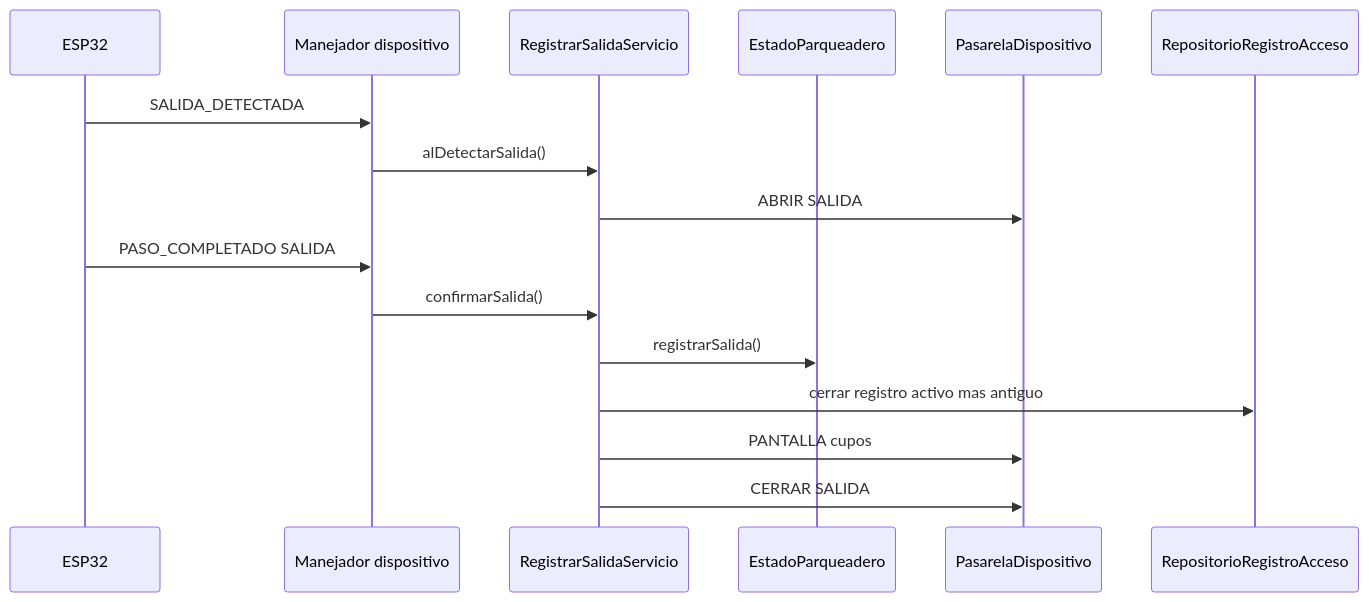
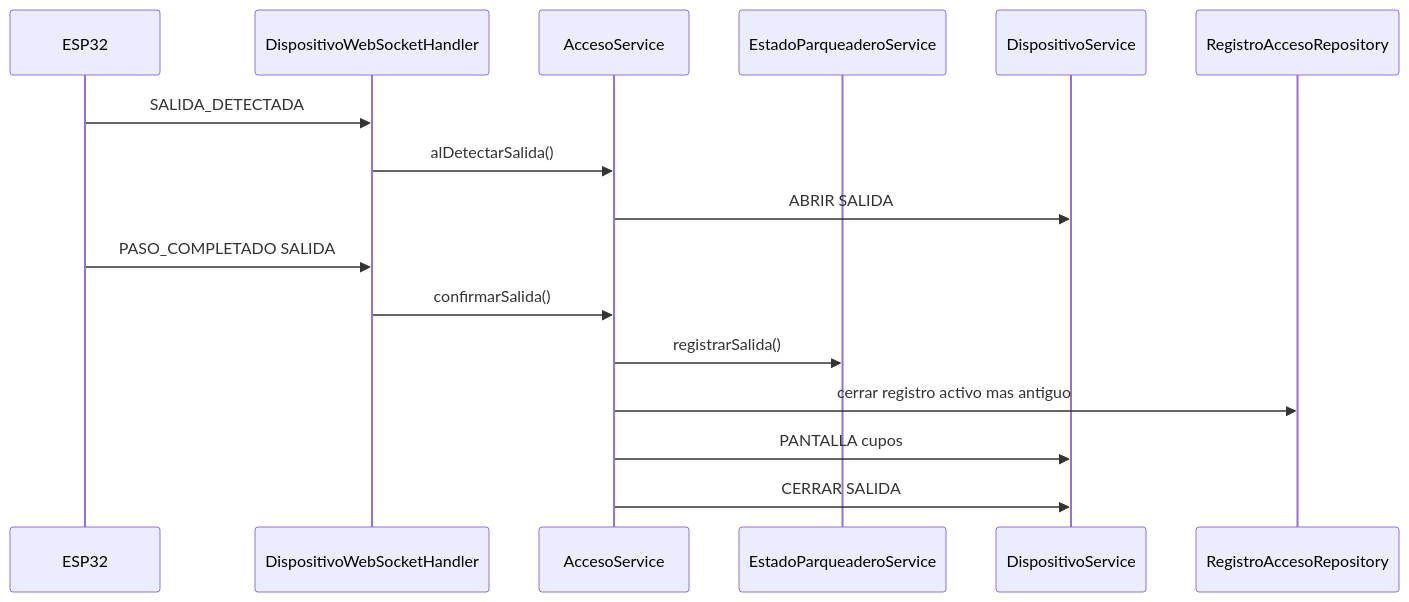
One commit to ElFernanduz/SmartParking changed diagram 12 of 13 in docs/especificacion_tecnica_smart_parking.md. Above: the diagram before and after it, drawn with Mermaid. The commit also changed other lines of this file and 263 other files, not shown here.

````diff
--- a/docs/especificacion_tecnica_smart_parking.md
+++ b/docs/especificacion_tecnica_smart_parking.md
@@ -1077,19 +1219,19 @@
 ```mermaid
 sequenceDiagram
     participant ES as ESP32
-    participant MD as Manejador dispositivo
-    participant UC as RegistrarSalidaServicio
-    participant PL as EstadoParqueadero
-    participant PD as PasarelaDispositivo
-    participant RE as RepositorioRegistroAcceso
+    participant MD as DispositivoWebSocketHandler
+    participant UC as AccesoService
+    participant PL as EstadoParqueaderoService
+    participant PD as DispositivoService
+    participant RE as RegistroAccesoRepository
 
     ES->>MD: SALIDA_DETECTADA
     MD->>UC: alDetectarSalida()
     UC->>PD: ABRIR SALIDA
     ES->>MD: PASO_COMPLETADO SALIDA
     MD->>UC: confirmarSalida()
     UC->>PL: registrarSalida()
     UC->>RE: cerrar registro activo mas antiguo
     UC->>PD: PANTALLA cupos
     UC->>PD: CERRAR SALIDA
 ```
````
